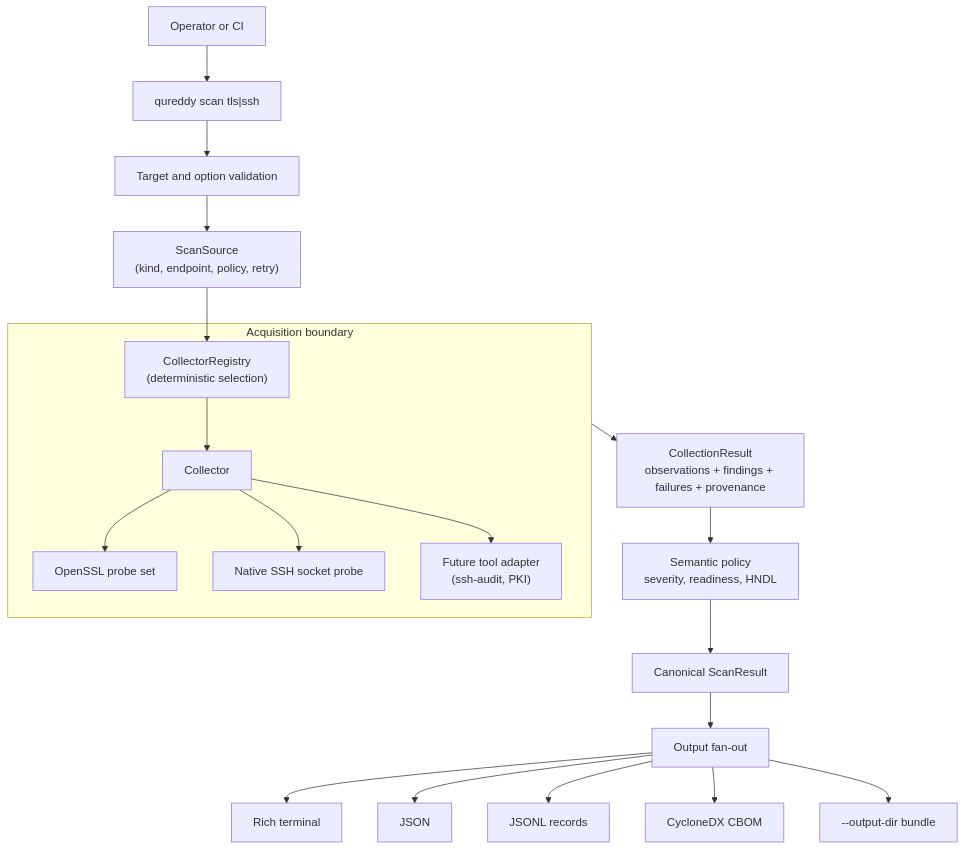
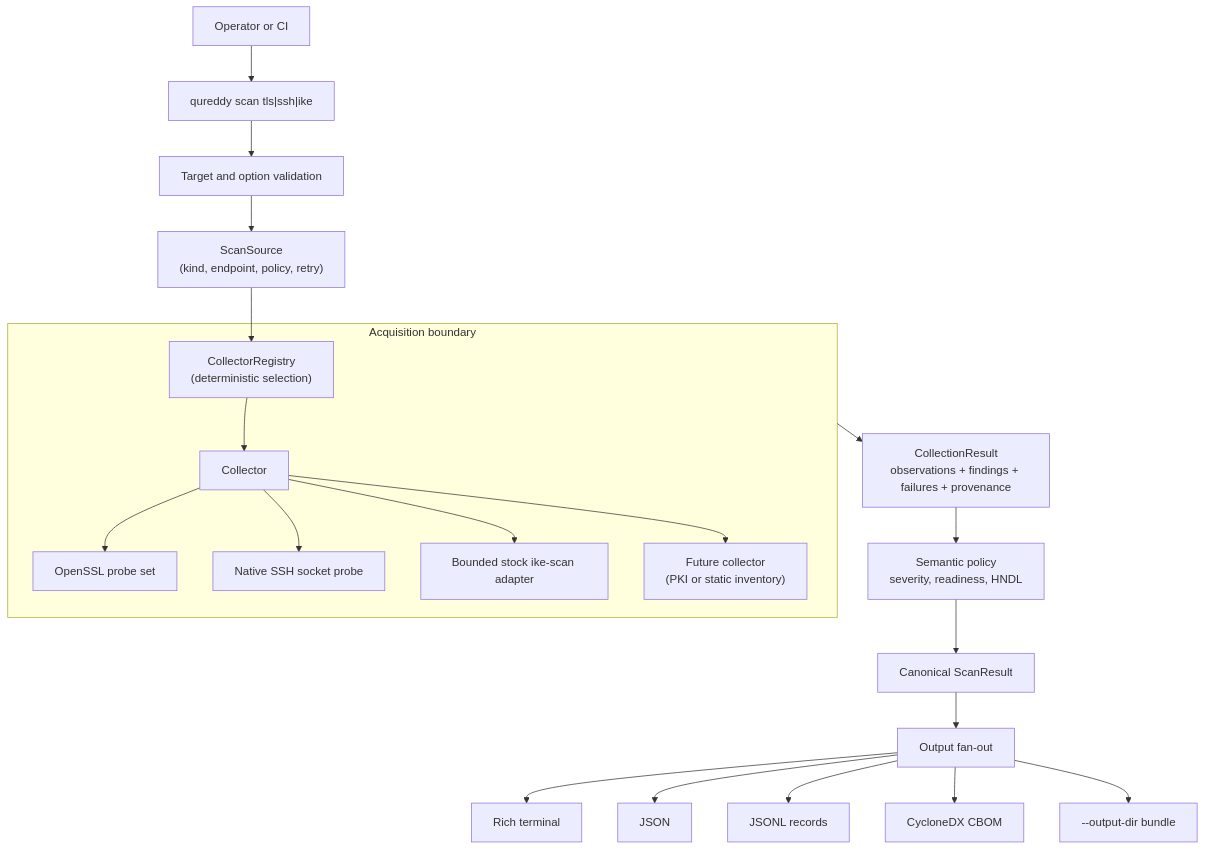
The sixth of 11 diagrams in docs/explanation/architecture.md (BreachSAFE/qureddy), drawn with Mermaid before and after one commit. The commit also changed other lines of this file and 70 other files, not shown here.

````diff
--- a/docs/explanation/architecture.md
+++ b/docs/explanation/architecture.md
@@ -276,24 +330,25 @@
 ```mermaid
 flowchart TB
-    user["Operator or CI"] --> cli["qureddy scan tls|ssh"]
+    user["Operator or CI"] --> cli["qureddy scan tls|ssh|ike"]
     cli --> parse["Target and option validation"]
     parse --> request["ScanSource\n(kind, endpoint, policy, retry)"]
     request --> registry["CollectorRegistry\n(deterministic selection)"]
 
     subgraph acquisition["Acquisition boundary"]
         registry --> collector["Collector"]
         collector --> tlsprobe["OpenSSL probe set"]
         collector --> sshprobe["Native SSH socket probe"]
-        collector --> future["Future tool adapter\n(ssh-audit, PKI)"]
+        collector --> ikeprobe["Bounded stock ike-scan adapter"]
+        collector --> future["Future collector\n(PKI or static inventory)"]
     end
 
     acquisition --> result["CollectionResult\nobservations + findings + failures + provenance"]
     result --> policy["Semantic policy\nseverity, readiness, HNDL"]
     policy --> canonical["Canonical ScanResult"]
     canonical --> fanout["Output fan-out"]
     fanout --> rich["Rich terminal"]
     fanout --> json["JSON"]
     fanout --> jsonl["JSONL records"]
     fanout --> cbom["CycloneDX CBOM"]
     fanout --> bundle["--output-dir bundle"]
 ```
````
